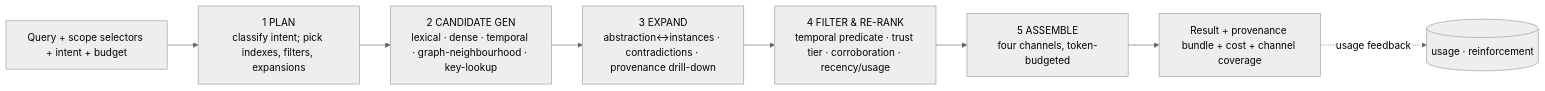
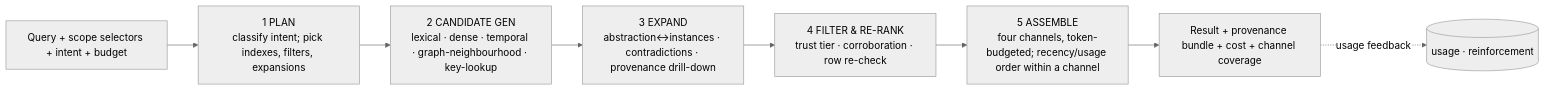
One commit to eMinders/ChronaMind changed the third of 3 diagrams in custom-memory-engine/PLAN/V2/ARCHITECTURE_V2.md. Above: the diagram before and after it, drawn with Mermaid (neutral theme). The commit also changed other lines of this file and 13 other files, not shown here.

````diff
--- a/custom-memory-engine/PLAN/V2/ARCHITECTURE_V2.md
+++ b/custom-memory-engine/PLAN/V2/ARCHITECTURE_V2.md
@@ -467,10 +467,10 @@
 ```mermaid
 flowchart LR
     Q["Query + scope selectors + intent + budget"] --> P["1 PLAN<br/>classify intent; pick indexes, filters, expansions"]
     P --> CG["2 CANDIDATE GEN<br/>lexical · dense · temporal · graph-neighbourhood · key-lookup"]
     CG --> EX["3 EXPAND<br/>abstraction↔instances · contradictions · provenance drill-down"]
-    EX --> FL["4 FILTER & RE-RANK<br/>temporal predicate · trust tier · corroboration · recency/usage"]
-    FL --> AS["5 ASSEMBLE<br/>four channels, token-budgeted"]
+    EX --> FL["4 FILTER & RE-RANK<br/>trust tier · corroboration · row re-check"]
+    FL --> AS["5 ASSEMBLE<br/>four channels, token-budgeted; recency/usage order within a channel"]
     AS --> OUT["Result + provenance bundle + cost + channel coverage"]
     OUT -.->|usage feedback| USG[("usage · reinforcement")]
 ```
````
